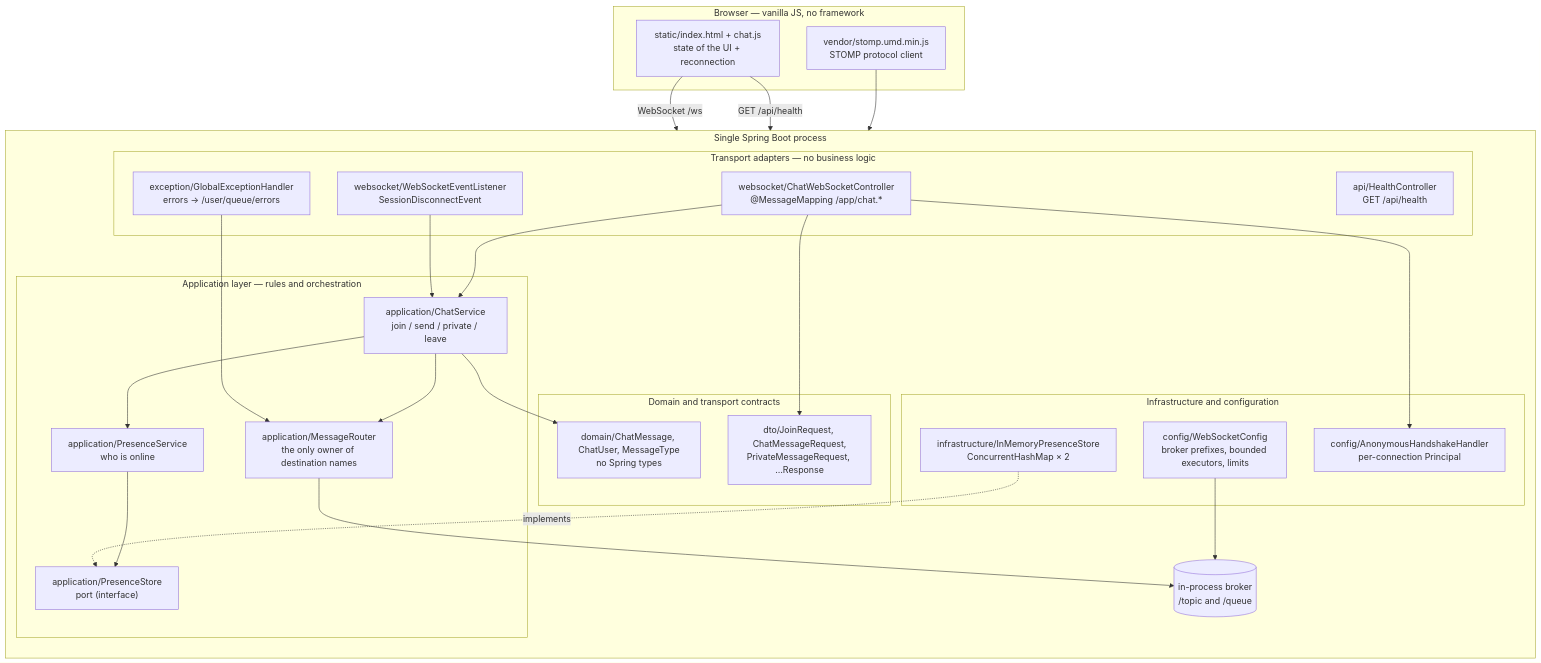
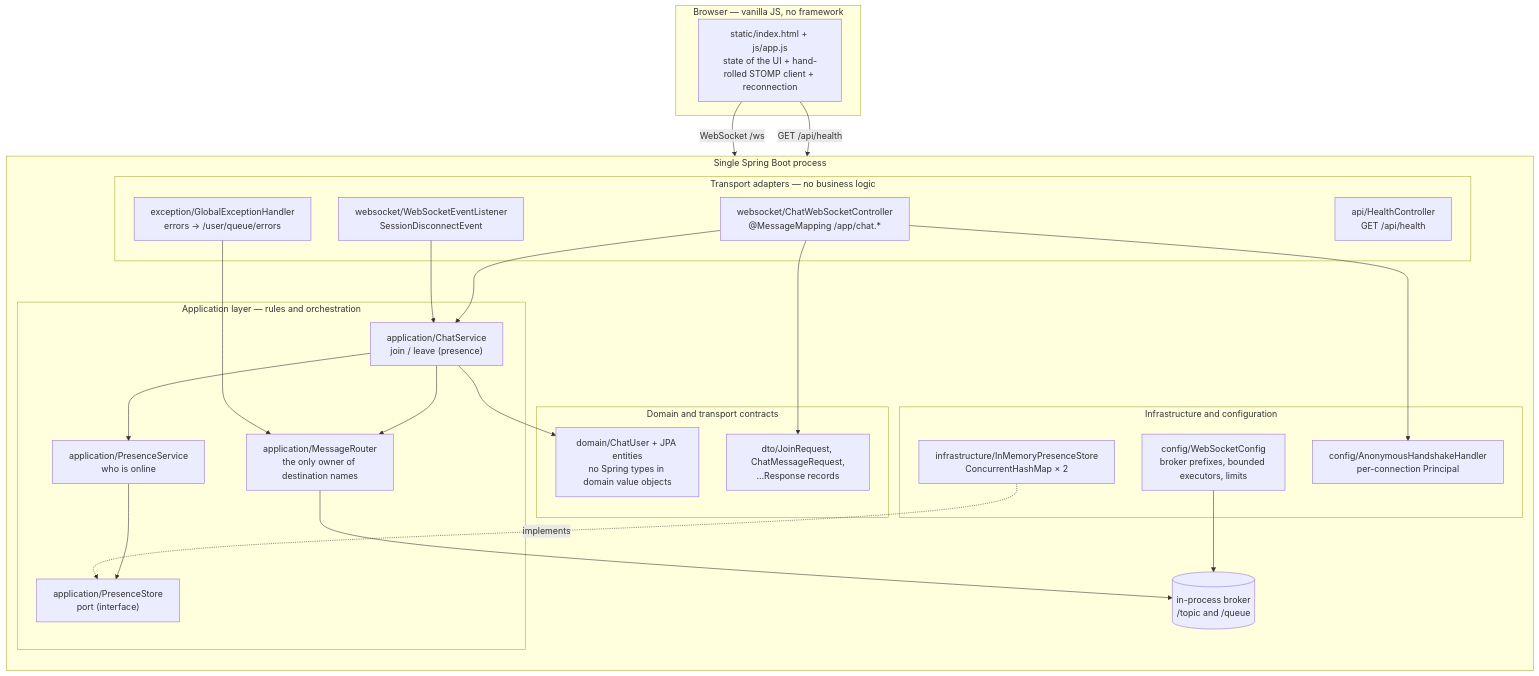
One commit to Temu-Bire/Distributed_Chat_Application changed the diagram in docs/architecture.md. Above: the diagram before and after it, drawn with Mermaid. The commit also changed other lines of this file and 19 other files, not shown here.

````diff
--- a/docs/architecture.md
+++ b/docs/architecture.md
@@ -25,54 +24,52 @@
 ```mermaid
 flowchart TB
     subgraph Browser["Browser — vanilla JS, no framework"]
-        UI["static/index.html + chat.js<br/>state of the UI + reconnection"]
-        VEND["vendor/stomp.umd.min.js<br/>STOMP protocol client"]
+        UI["static/index.html + js/app.js<br/>state of the UI + hand-rolled STOMP client + reconnection"]
     end
 
     subgraph Proc["Single Spring Boot process"]
         direction TB
 
         subgraph Adapter["Transport adapters — no business logic"]
             WS["websocket/ChatWebSocketController<br/>@MessageMapping /app/chat.*"]
             LEAVE["websocket/WebSocketEventListener<br/>SessionDisconnectEvent"]
             REST["api/HealthController<br/>GET /api/health"]
             ADVICE["exception/GlobalExceptionHandler<br/>errors → /user/queue/errors"]
         end
 
         subgraph App["Application layer — rules and orchestration"]
-            CS["application/ChatService<br/>join / send / private / leave"]
+            CS["application/ChatService<br/>join / leave (presence)"]
             PS["application/PresenceService<br/>who is online"]
             MR["application/MessageRouter<br/>the only owner of destination names"]
             PORT["application/PresenceStore<br/>port (interface)"]
         end
 
         subgraph Core["Domain and transport contracts"]
-            D["domain/ChatMessage, ChatUser, MessageType<br/>no Spring types"]
-            DTO["dto/JoinRequest, ChatMessageRequest,<br/>PrivateMessageRequest, …Response"]
+            D["domain/ChatUser + JPA entities<br/>no Spring types in domain value objects"]
+            DTO["dto/JoinRequest, ChatMessageRequest,<br/>…Response records"]
         end
 
         subgraph Infra["Infrastructure and configuration"]
             STORE["infrastructure/InMemoryPresenceStore<br/>ConcurrentHashMap × 2"]
             CFG["config/WebSocketConfig<br/>broker prefixes, bounded executors, limits"]
             HAND["config/AnonymousHandshakeHandler<br/>per-connection Principal"]
         end
 
         BROKER[("in-process broker<br/>/topic and /queue")]
     end
 
     UI -->|WebSocket /ws| WS
     UI -->|GET /api/health| REST
-    VEND --> WS
     WS --> CS
     LEAVE --> CS
     CS --> PS
     CS --> MR
     PS --> PORT
     STORE -. "implements" .-> PORT
     MR --> BROKER
     CFG --> BROKER
     WS --> HAND
     ADVICE --> MR
     CS --> D
     WS --> DTO
 ```
````
